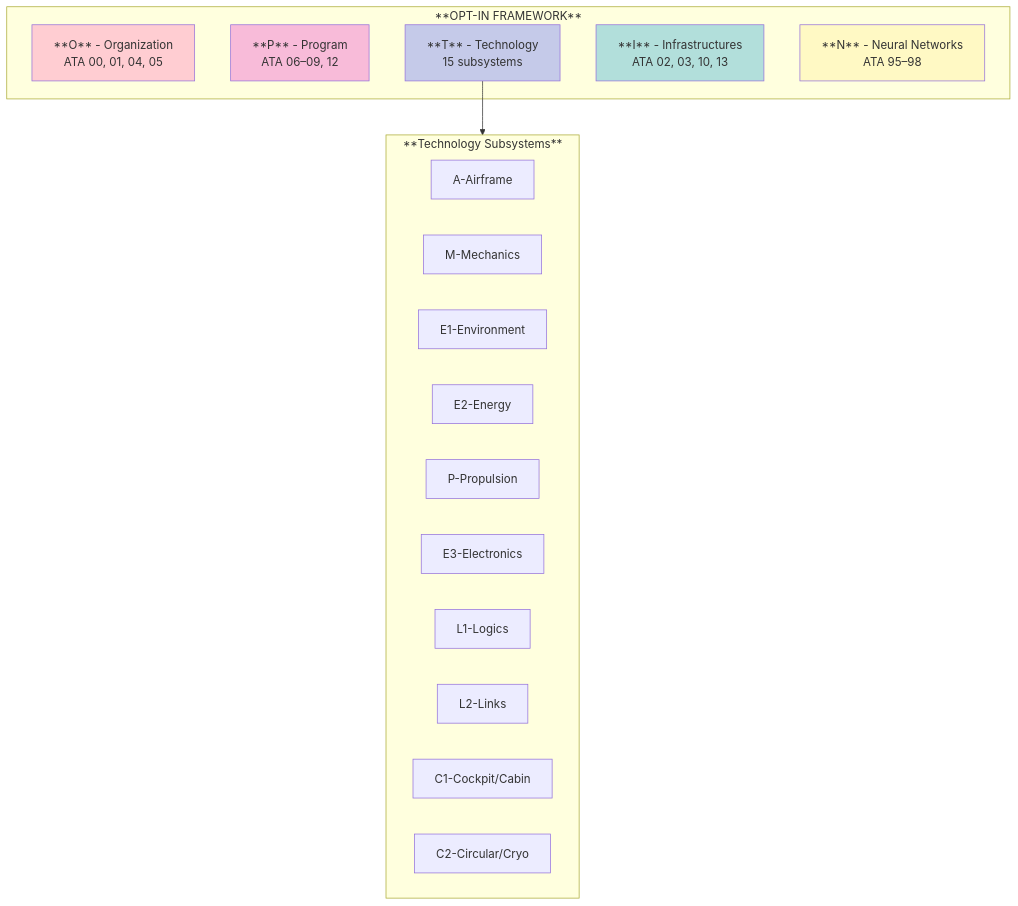
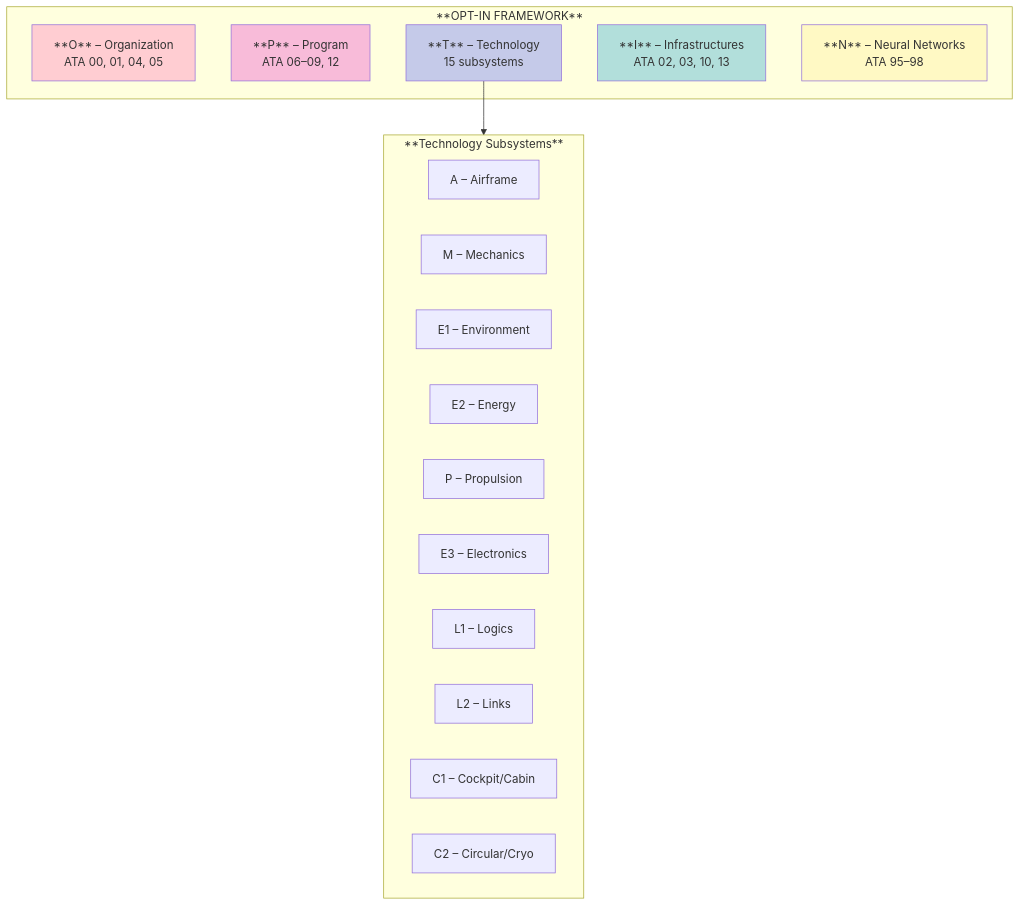
The third of 6 diagrams in README.md (AmedeoPelliccia/AMPEL360-BWB-H2-Hy-E), drawn with Mermaid before and after one commit. The commit also changed other lines of this file, not shown here.

````diff
--- a/README.md
+++ b/README.md
@@ -112,32 +112,32 @@
 ```mermaid
 flowchart TB
     subgraph OPTIN["**OPT-IN FRAMEWORK**"]
-        O["**O** - Organization<br/>ATA 00, 01, 04, 05"]
-        P["**P** - Program<br/>ATA 06–09, 12"]
-        T["**T** - Technology<br/>15 subsystems"]
-        I["**I** - Infrastructures<br/>ATA 02, 03, 10, 13"]
-        N["**N** - Neural Networks<br/>ATA 95–98"]
+        O["**O** – Organization<br/>ATA 00, 01, 04, 05"]
+        P["**P** – Program<br/>ATA 06–09, 12"]
+        T["**T** – Technology<br/>15 subsystems"]
+        I["**I** – Infrastructures<br/>ATA 02, 03, 10, 13"]
+        N["**N** – Neural Networks<br/>ATA 95–98"]
     end
 
     T --> T_SUB
 
     subgraph T_SUB["**Technology Subsystems**"]
         direction LR
-        A["A-Airframe"]
-        M["M-Mechanics"]
-        E1["E1-Environment"]
-        E2["E2-Energy"]
-        PP["P-Propulsion"]
-        E3["E3-Electronics"]
-        L1["L1-Logics"]
-        L2["L2-Links"]
-        C1["C1-Cockpit/Cabin"]
-        C2["C2-Circular/Cryo"]
+        A["A – Airframe"]
+        M["M – Mechanics"]
+        E1["E1 – Environment"]
+        E2["E2 – Energy"]
+        PP["P – Propulsion"]
+        E3["E3 – Electronics"]
+        L1["L1 – Logics"]
+        L2["L2 – Links"]
+        C1["C1 – Cockpit/Cabin"]
+        C2["C2 – Circular/Cryo"]
     end
 
     style O fill:#ffcdd2
     style P fill:#f8bbd9
     style T fill:#c5cae9
     style I fill:#b2dfdb
     style N fill:#fff9c4
 ```
````
